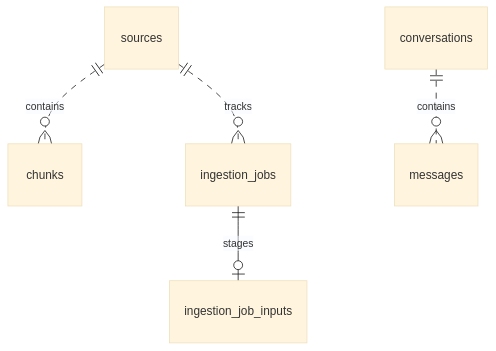
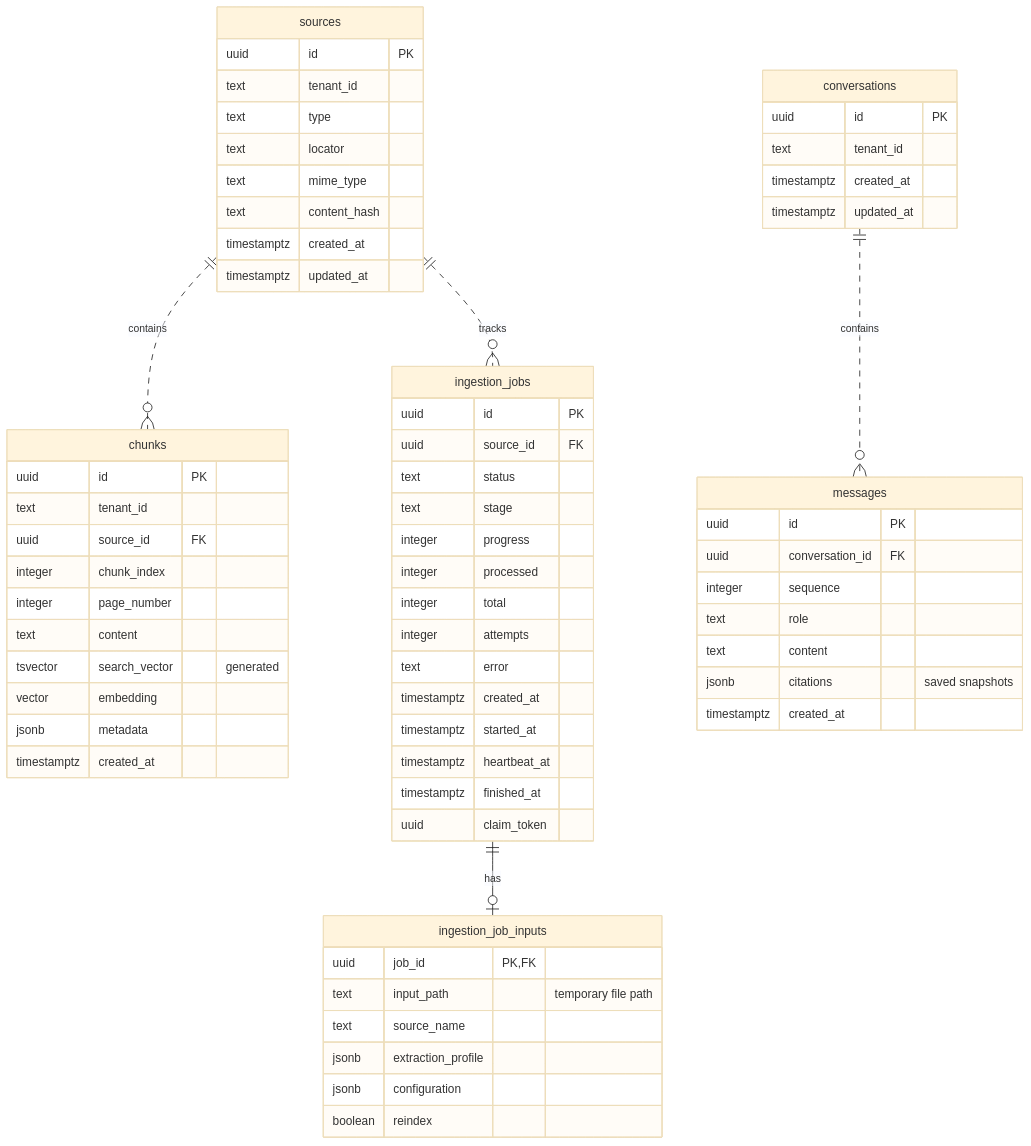
Before and after one commit to richard-costa/rag-mtst: the second of 3 diagrams in docs/explanation/architecture.md, drawn with Mermaid (base theme). The commit also changed other lines of this file and 4 other files, not shown here.

Commit message:
fix(docs): restore original Mermaid diagrams and site layout

````diff
--- a/docs/explanation/architecture.md
+++ b/docs/explanation/architecture.md
@@ -49,13 +56,75 @@
 ```mermaid
 ---
 config:
-  er:
-    useMaxWidth: true
+    er:
+        useMaxWidth: true
 ---
 erDiagram
     direction TB
     sources ||..o{ chunks : contains
     sources ||..o{ ingestion_jobs : tracks
-    ingestion_jobs ||--o| ingestion_job_inputs : stages
+    ingestion_jobs ||--o| ingestion_job_inputs : has
     conversations ||..o{ messages : contains
+
+    sources {
+        uuid id PK
+        text tenant_id
+        text type
+        text locator
+        text mime_type
+        text content_hash
+        timestamptz created_at
+        timestamptz updated_at
+    }
+    chunks {
+        uuid id PK
+        text tenant_id
+        uuid source_id FK
+        integer chunk_index
+        integer page_number
+        text content
+        tsvector search_vector "generated"
+        vector embedding
+        jsonb metadata
+        timestamptz created_at
+    }
+    ingestion_jobs {
+        uuid id PK
+        uuid source_id FK
+        text status
+        text stage
+        integer progress
+        integer processed
+        integer total
+        integer attempts
+        text error
+        timestamptz created_at
+        timestamptz started_at
+        timestamptz heartbeat_at
+        timestamptz finished_at
+        uuid claim_token
+    }
+    ingestion_job_inputs {
+        uuid job_id PK, FK
+        text input_path "temporary file path"
+        text source_name
+        jsonb extraction_profile
+        jsonb configuration
+        boolean reindex
+    }
+    conversations {
+        uuid id PK
+        text tenant_id
+        timestamptz created_at
+        timestamptz updated_at
+    }
+    messages {
+        uuid id PK
+        uuid conversation_id FK
+        integer sequence
+        text role
+        text content
+        jsonb citations "saved snapshots"
+        timestamptz created_at
+    }
 ```
````
